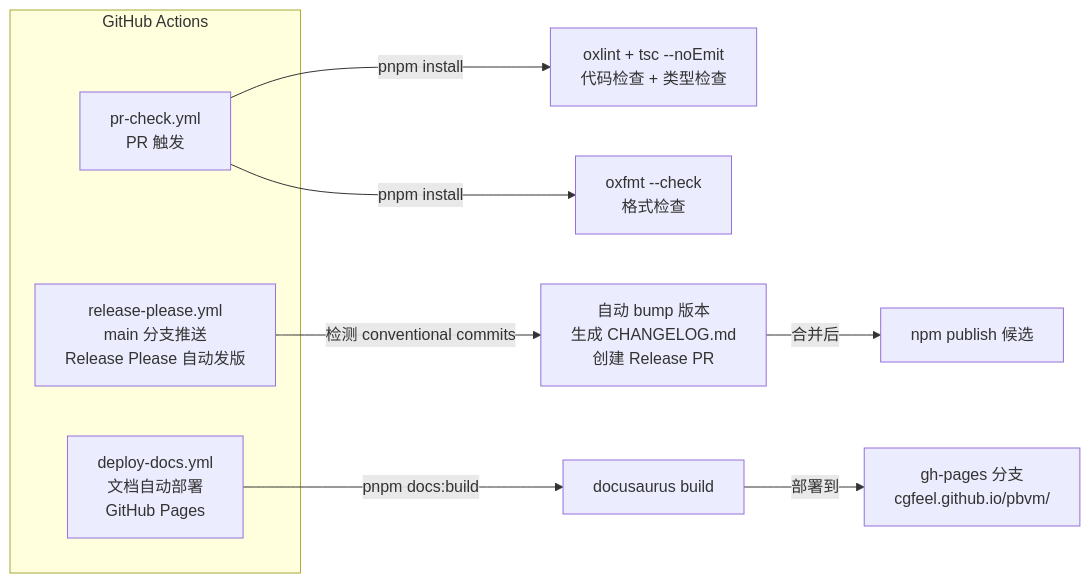
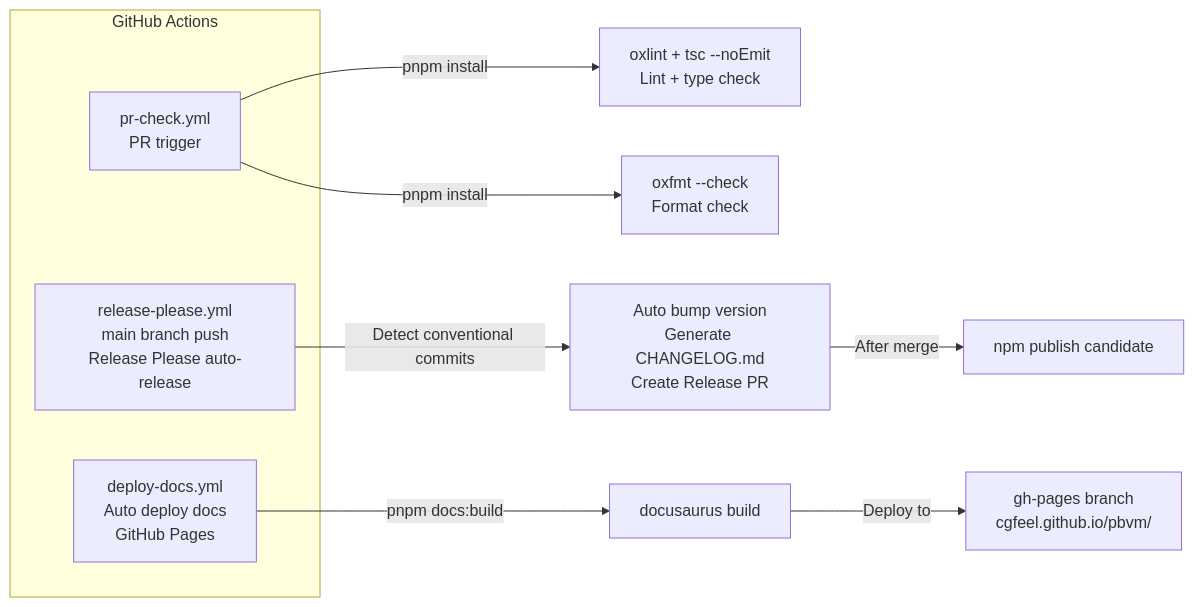
The second of 2 diagrams in documentation/docs/concepts/cicd.mdx (cgfeel/pbvm), drawn with Mermaid before and after one commit. The commit also changed other lines of this file and 52 other files, not shown here.

````diff
--- a/documentation/docs/concepts/cicd.mdx
+++ b/documentation/docs/concepts/cicd.mdx
@@ -45,17 +45,17 @@
 ```mermaid
   graph LR
       subgraph "GitHub Actions"
-          PR_CHECK["pr-check.yml<br/>PR 触发"]
-          RELEASE["release-please.yml<br/>main 分支推送<br/>Release Please 自动发版"]
-          DEPLOY["deploy-docs.yml<br/>文档自动部署<br/>GitHub Pages"]
+          PR_CHECK["pr-check.yml<br/>PR trigger"]
+          RELEASE["release-please.yml<br/>main branch push<br/>Release Please auto-release"]
+          DEPLOY["deploy-docs.yml<br/>Auto deploy docs<br/>GitHub Pages"]
       end
 
-      PR_CHECK -->|"pnpm install"| LINT["oxlint + tsc --noEmit<br/>代码检查 + 类型检查"]
-      PR_CHECK -->|"pnpm install"| FORMAT["oxfmt --check<br/>格式检查"]
+      PR_CHECK -->|"pnpm install"| LINT["oxlint + tsc --noEmit<br/>Lint + type check"]
+      PR_CHECK -->|"pnpm install"| FORMAT["oxfmt --check<br/>Format check"]
 
-      RELEASE -->|"检测 conventional commits"| VERSION["自动 bump 版本<br/>生成 CHANGELOG.md<br/>创建 Release PR"]
-      VERSION -->|"合并后"| NPM["npm publish 候选"]
+      RELEASE -->|"Detect conventional commits"| VERSION["Auto bump version<br/>Generate CHANGELOG.md<br/>Create Release PR"]
+      VERSION -->|"After merge"| NPM["npm publish candidate"]
 
       DEPLOY -->|"pnpm docs:build"| BUILD["docusaurus build"]
-      BUILD -->|"部署到"| PAGES["gh-pages 分支<br/>cgfeel.github.io/pbvm/"]
+      BUILD -->|"Deploy to"| PAGES["gh-pages branch<br/>cgfeel.github.io/pbvm/"]
 ```
````
